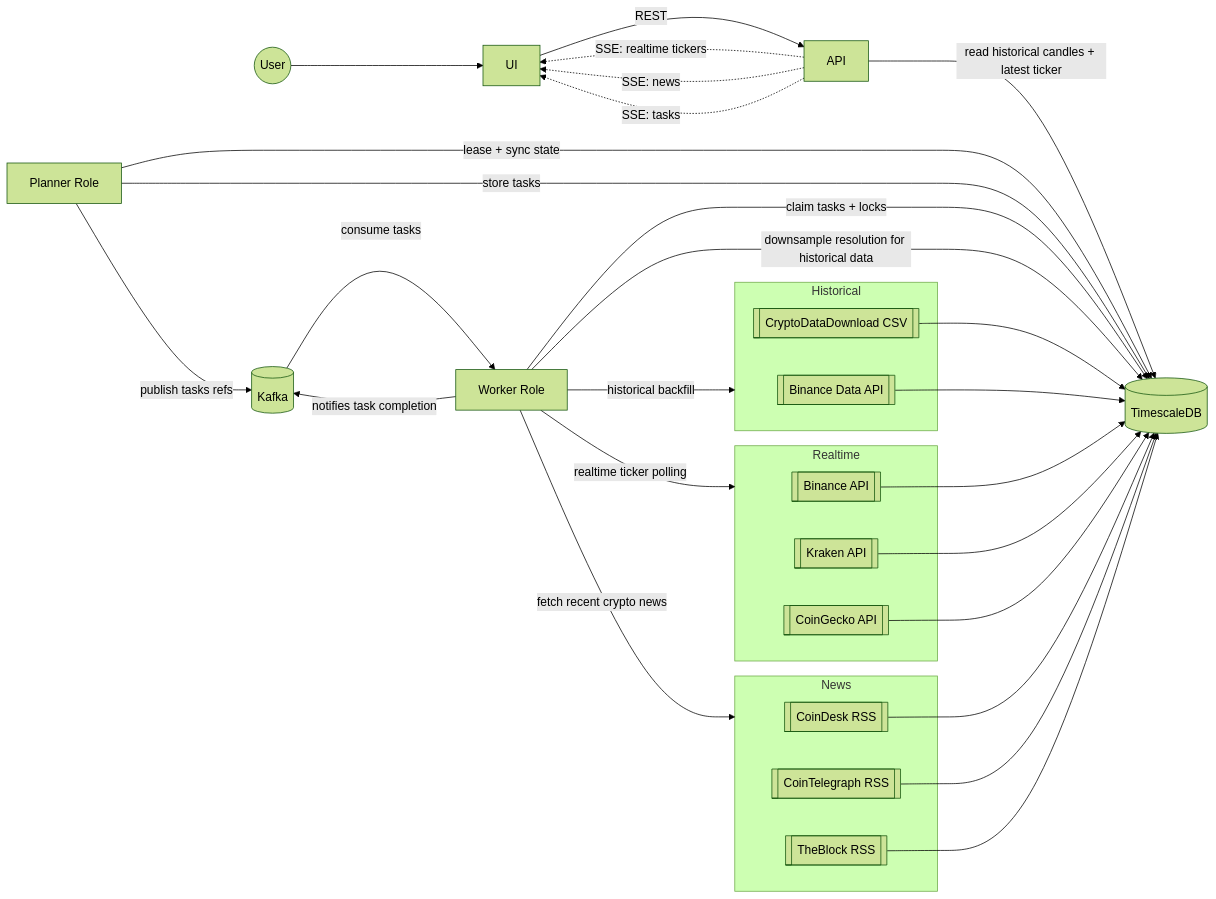
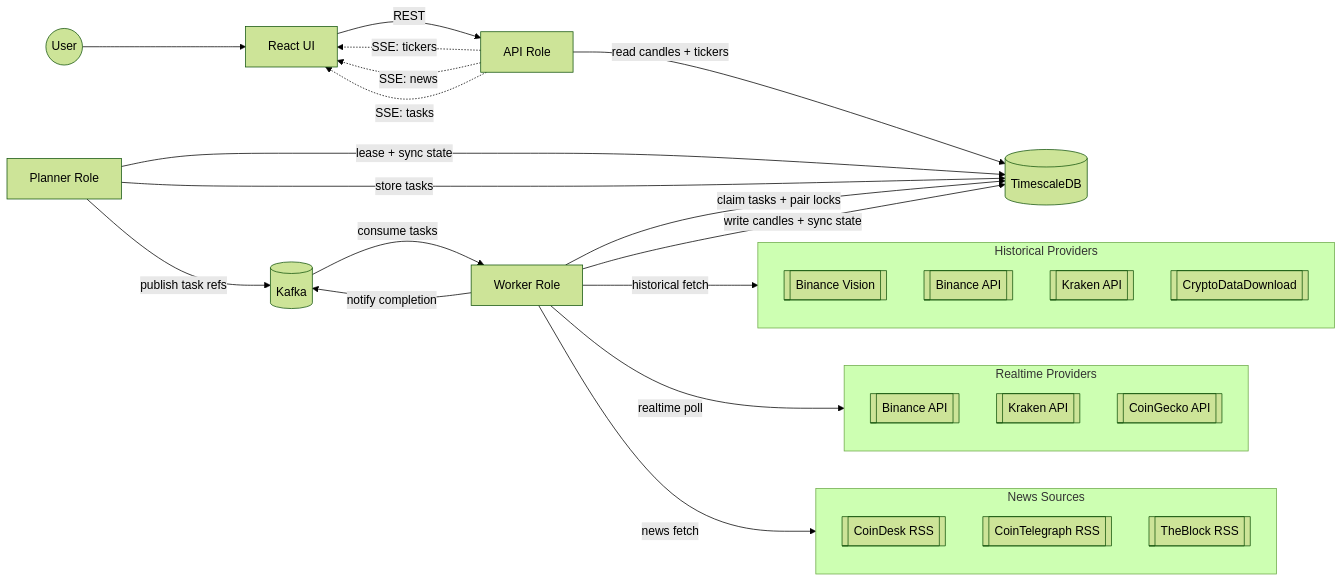
The diagram in README.md (block-o/exchangely), drawn with Mermaid (forest theme) before and after one commit. The commit also changed other lines of this file and 5 other files, not shown here.

Commit message:
Overhaul project documentation, replace PLAN.md and Project.MD with AGENTS.md + ROADMAP.md (#33)

````diff
--- a/README.md
+++ b/README.md
@@ -20,58 +31,50 @@
 ```mermaid
 flowchart LR
     User((User))
-    User --> UI[UI]
+    User --> UI[React UI]
     UI -->|REST| API
 
-    API[API]
-    API -->|read historical candles + latest ticker| TS
-    API -.->|SSE: realtime tickers| UI
+    API[API Role]
+    API -->|read candles + tickers| TS
+    API -.->|SSE: tickers| UI
     API -.->|SSE: news| UI
     API -.->|SSE: tasks| UI
 
     Planner[Planner Role]
     Planner -->|lease + sync state| TS
     Planner -->|store tasks| TS
-    Planner -->|publish tasks refs| Kafka
-
-    Worker[Worker Role]
-    Worker -->|claim tasks + locks| TS
-    Worker -->|downsample resolution for historical data| TS
-    Worker -->|fetch recent crypto news| News
-    Worker -->|notifies task completion| Kafka
-    Worker -->|realtime ticker polling| Realtime
-    Worker -->|historical backfill| Historical
-
-    subgraph Historical
-        BinanceData[[Binance Data API]]
-        CryptoDataDownload[[CryptoDataDownload CSV]]
-    end
-    
-    CryptoDataDownload --> TS
-    BinanceData --> TS
-
-    subgraph Realtime
-        Binance[[Binance API]]
-        Kraken[[Kraken API]]
-        CoinGecko[[CoinGecko API]]
-    end
-
-    subgraph News
-        CoinDesk[[CoinDesk RSS]]
-        CoinTelegraph[[CoinTelegraph RSS]]
-        TheBlock[[TheBlock RSS]]
-    end 
-
-    Binance --> TS
-    Kraken --> TS
-    CoinGecko --> TS
-
-    CoinDesk --> TS
-    CoinTelegraph --> TS
-    TheBlock --> TS
+    Planner -->|publish task refs| Kafka
 
     Kafka[(Kafka)]
     Kafka -->|consume tasks| Worker
 
+    Worker[Worker Role]
+    Worker -->|claim tasks + pair locks| TS
+    Worker -->|write candles + sync state| TS
+    Worker -->|notify completion| Kafka
+
+    Worker -->|historical fetch| Historical
+    Worker -->|realtime poll| RealtimeSrc
+    Worker -->|news fetch| News
+
+    subgraph Historical[Historical Providers]
+        BinanceVision[[Binance Vision]]
+        BinanceHist[[Binance API]]
+        KrakenHist[[Kraken API]]
+        CDD[[CryptoDataDownload]]
+    end
+
+    subgraph RealtimeSrc[Realtime Providers]
+        BinanceRT[[Binance API]]
+        KrakenRT[[Kraken API]]
+        CoinGecko[[CoinGecko API]]
+    end
+
+    subgraph News[News Sources]
+        CoinDesk[[CoinDesk RSS]]
+        CoinTelegraph[[CoinTelegraph RSS]]
+        TheBlock[[TheBlock RSS]]
+    end
+
     TS[(TimescaleDB)]
 ```
````
